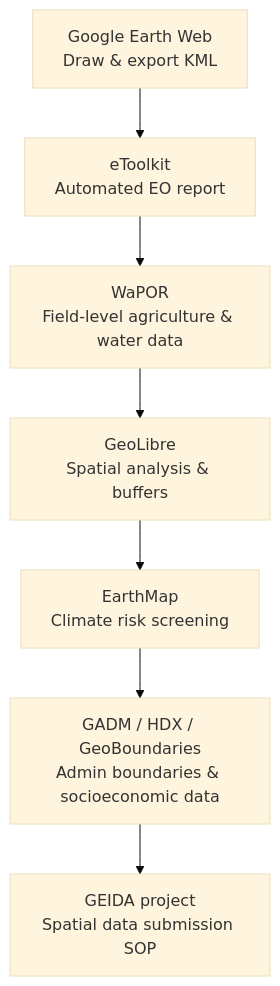
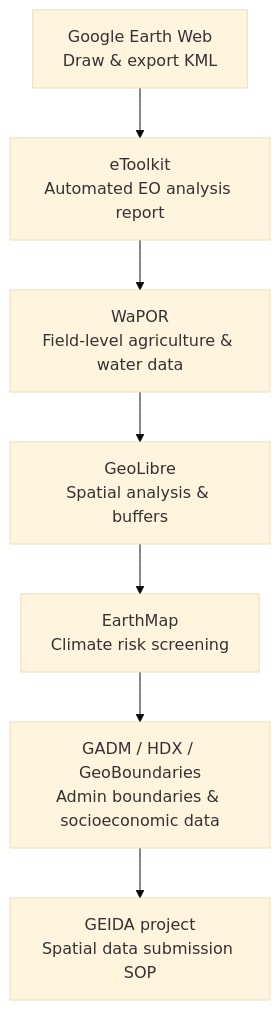
Before and after one commit to spareeth/geida_foundation: the diagram in docs/day-4/afternoon.md, drawn with Mermaid (base theme). The commit also changed other lines of this file and 22 other files, not shown here.

````diff
--- a/docs/day-4/afternoon.md
+++ b/docs/day-4/afternoon.md
@@ -77,9 +70,9 @@
 ```mermaid
 flowchart TD
-    A[Google Earth Web\nDraw & export KML] --> B[eToolkit\nAutomated EO report]
+    A[Google Earth Web\nDraw & export KML] --> B[eToolkit\nAutomated EO analysis report]
     B --> C[WaPOR\nField-level agriculture & water data]
     C --> D[GeoLibre\nSpatial analysis & buffers]
     D --> E[EarthMap\nClimate risk screening]
     E --> F[GADM / HDX / GeoBoundaries\nAdmin boundaries & socioeconomic data]
     F --> G[GEIDA project\nSpatial data submission SOP]
 ```
````
